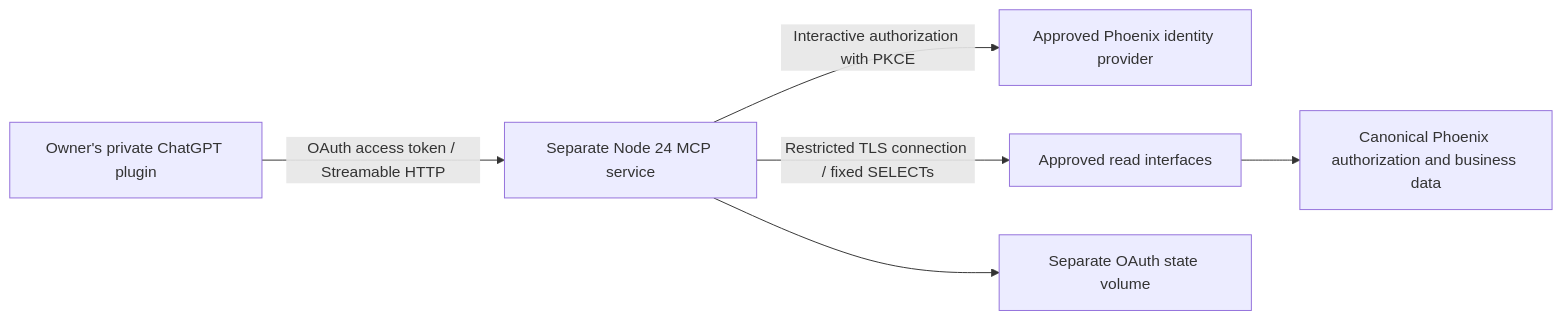
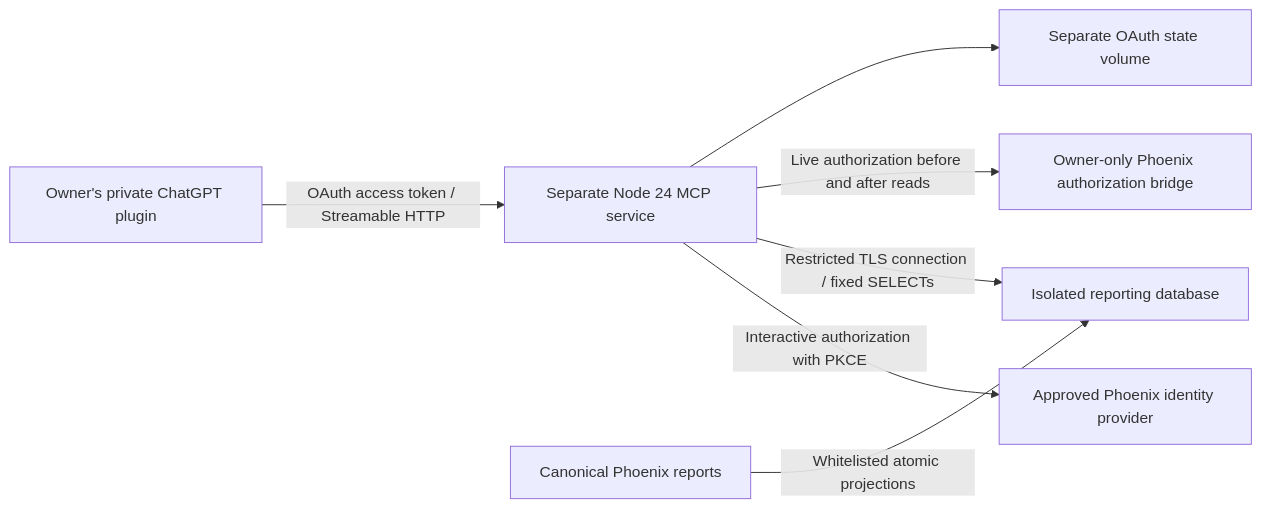
The diagram in infra/phoenix-mcp/README.md (sato-pharma/phoenix-people-workforce), drawn with Mermaid before and after one commit. The commit also changed other lines of this file and 27 other files, not shown here.

````diff
--- a/infra/phoenix-mcp/README.md
+++ b/infra/phoenix-mcp/README.md
@@ -19,8 +19,9 @@
 ```mermaid
 flowchart LR
   C[Owner's private ChatGPT plugin] -->|OAuth access token / Streamable HTTP| M[Separate Node 24 MCP service]
   M -->|Interactive authorization with PKCE| I[Approved Phoenix identity provider]
-  M -->|Restricted TLS connection / fixed SELECTs| D[Approved read interfaces]
-  D --> P[Canonical Phoenix authorization and business data]
+  M -->|Restricted TLS connection / fixed SELECTs| D[Isolated reporting database]
+  P[Canonical Phoenix reports] -->|Whitelisted atomic projections| D
+  M -->|Live authorization before and after reads| A[Owner-only Phoenix authorization bridge]
   M --> S[Separate OAuth state volume]
 ```
````
